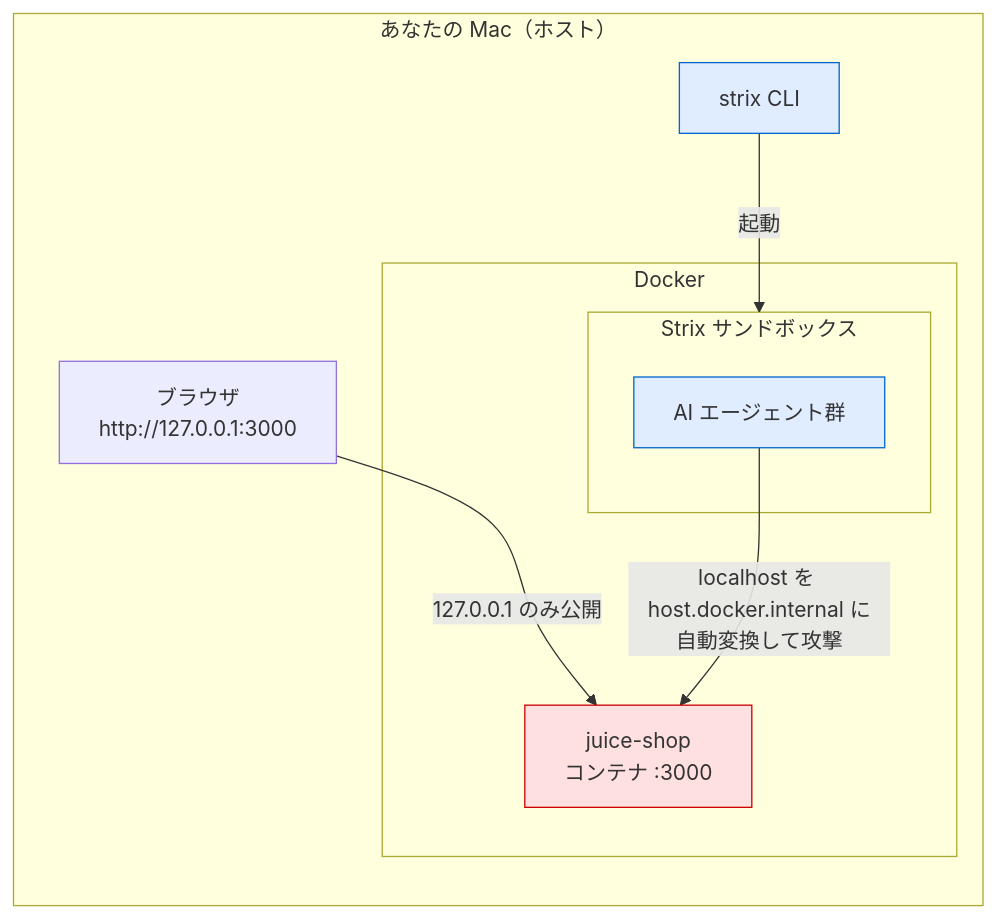
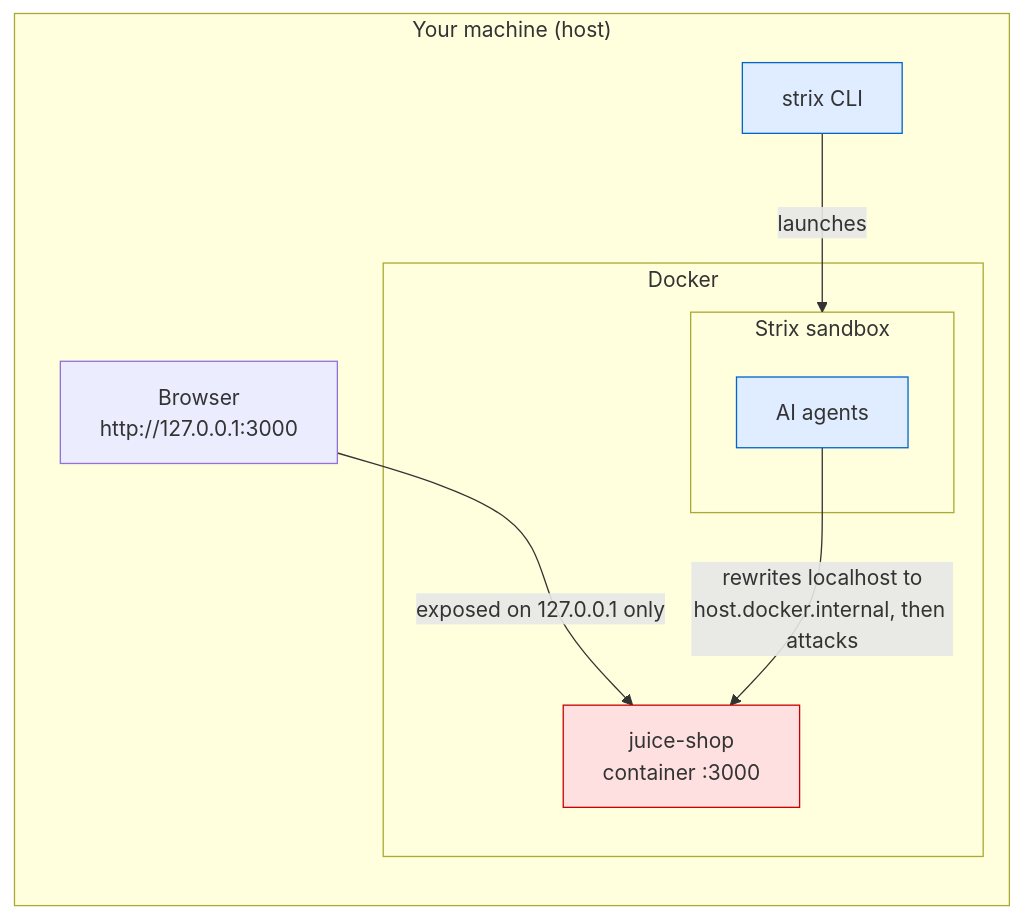
Before and after one commit to Cosmo2357/strix-juiceshop-local: the diagram in README.md, drawn with Mermaid. The commit also changed other lines of this file, not shown here.

````diff
--- a/README.md
+++ b/README.md
@@ -10,23 +10,23 @@
 ```mermaid
 flowchart LR
-    subgraph host["あなたの Mac（ホスト）"]
-        browser["ブラウザ<br/>http://127.0.0.1:3000"]
+    subgraph host["Your machine (host)"]
+        browser["Browser<br/>http://127.0.0.1:3000"]
         cli["strix CLI"]
 
         subgraph docker["Docker"]
-            juice["juice-shop<br/>コンテナ :3000"]
-            subgraph sandbox["Strix サンドボックス"]
-                agent["AI エージェント群"]
+            juice["juice-shop<br/>container :3000"]
+            subgraph sandbox["Strix sandbox"]
+                agent["AI agents"]
             end
         end
     end
 
-    browser -->|"127.0.0.1 のみ公開"| juice
-    cli -->|起動| sandbox
-    agent -->|"localhost を host.docker.internal に<br/>自動変換して攻撃"| juice
+    browser -->|"exposed on 127.0.0.1 only"| juice
+    cli -->|launches| sandbox
+    agent -->|"rewrites localhost to<br/>host.docker.internal, then attacks"| juice
 
     classDef target fill:#ffe0e0,stroke:#c00;
     classDef tool fill:#e0ecff,stroke:#06c;
     class juice target;
     class agent,cli tool;
 ```
````
